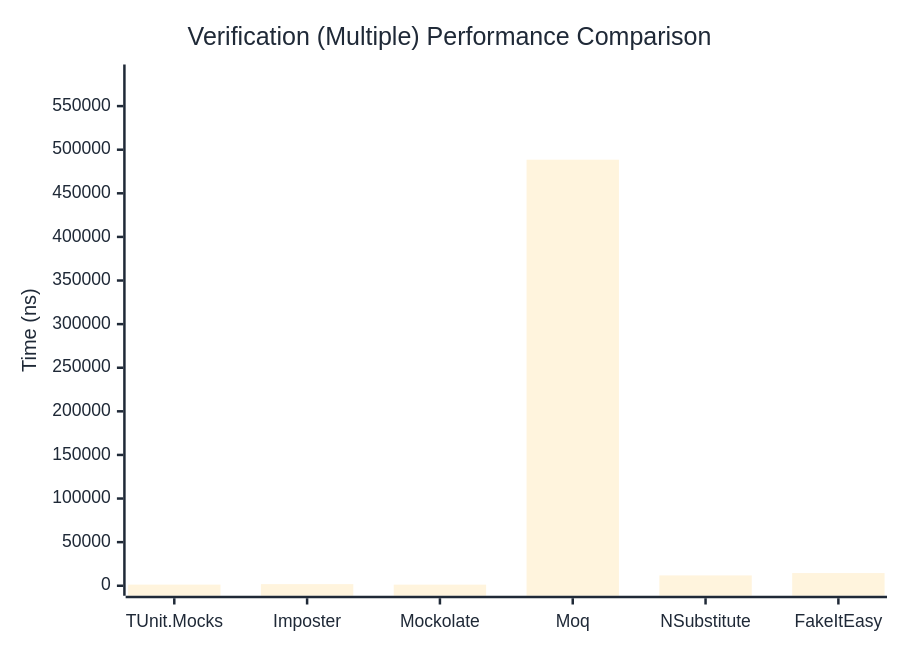
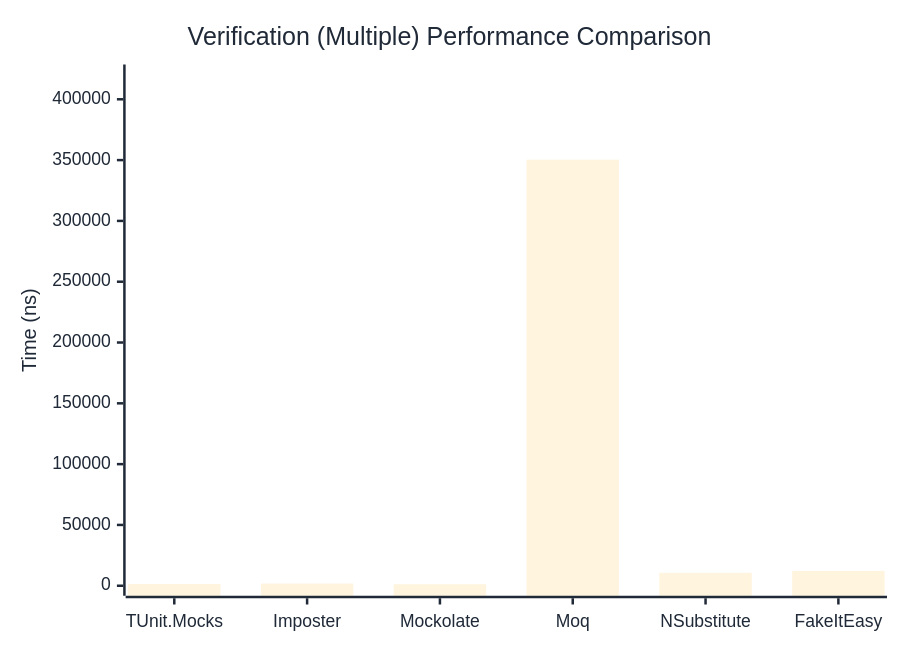
Before and after one commit to thomhurst/TUnit: the third of 3 diagrams in docs/docs/benchmarks/mocks/Verification.md, drawn with Mermaid. The commit also changed other lines of this file and 14 other files, not shown here.

````diff
--- a/docs/docs/benchmarks/mocks/Verification.md
+++ b/docs/docs/benchmarks/mocks/Verification.md
@@ -112,27 +112,27 @@
 ```mermaid
 %%{init: {
   'theme':'base',
   'themeVariables': {
     'primaryColor': '#2563eb',
     'primaryTextColor': '#1f2937',
     'primaryBorderColor': '#1e40af',
     'lineColor': '#6b7280',
     'secondaryColor': '#7c3aed',
     'tertiaryColor': '#dc2626',
     'background': '#ffffff',
     'pie1': '#2563eb',
     'pie2': '#7c3aed',
     'pie3': '#dc2626',
     'pie4': '#f59e0b',
     'pie5': '#10b981',
     'pie6': '#06b6d4',
     'pie7': '#ec4899',
     'pie8': '#6366f1'
   }
 }}%%
 xychart-beta
   title "Verification (Multiple) Performance Comparison"
   x-axis ["TUnit.Mocks", "Imposter", "Mockolate", "Moq", "NSubstitute", "FakeItEasy"]
-  y-axis "Time (ns)" 0 --> 586235
-  bar [1283.81, 1863.36, 1267.61, 488528.61, 11849.9, 14546.37]
+  y-axis "Time (ns)" 0 --> 420384
+  bar [1368.56, 1778.97, 1201.1, 350319.85, 10652.32, 12219.41]
 ```
````
